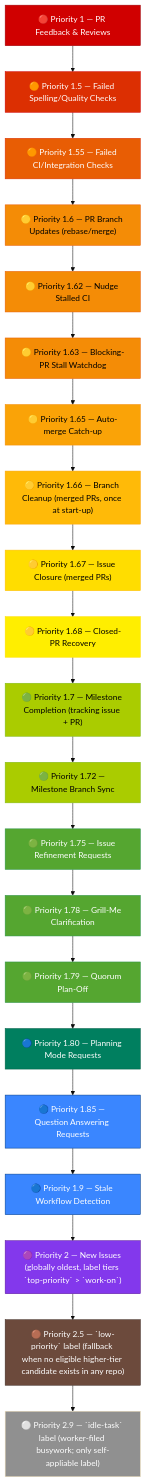
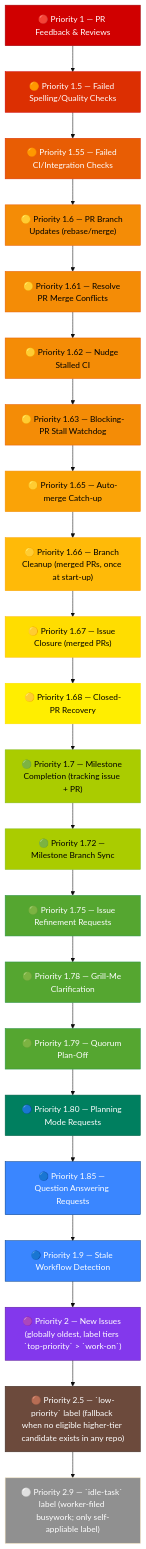
Before and after one commit to stSoftwareAU/VibeCoder: the third of 3 diagrams in docs/USAGE.md, drawn with Mermaid (base theme). The commit also changed 17 other files, not shown here.

First line of the commit message:
Add the Priority 1.61 merge-conflict pass (Issue #84)

````diff
--- a/docs/USAGE.md
+++ b/docs/USAGE.md
@@ -689,48 +689,50 @@
 ```mermaid
 flowchart TD
     P1["🔴 Priority 1 — PR Feedback & Reviews"]
     P15["🟠 Priority 1.5 — Failed Spelling/Quality Checks"]
     P155["🟠 Priority 1.55 — Failed CI/Integration Checks"]
     P16["🟡 Priority 1.6 — PR Branch Updates (rebase/merge)"]
+    P161["🟡 Priority 1.61 — Resolve PR Merge Conflicts"]
     P162["🟡 Priority 1.62 — Nudge Stalled CI"]
     P163["🟡 Priority 1.63 — Blocking-PR Stall Watchdog"]
     P165["🟡 Priority 1.65 — Auto-merge Catch-up"]
     P166["🟡 Priority 1.66 — Branch Cleanup (merged PRs, once at start-up)"]
     P167["🟡 Priority 1.67 — Issue Closure (merged PRs)"]
     P168["🟡 Priority 1.68 — Closed-PR Recovery"]
     P17["🟢 Priority 1.7 — Milestone Completion (tracking issue + PR)"]
     P172["🟢 Priority 1.72 — Milestone Branch Sync"]
     P175["🟢 Priority 1.75 — Issue Refinement Requests"]
     P178["🟢 Priority 1.78 — Grill-Me Clarification"]
     P179["🟢 Priority 1.79 — Quorum Plan-Off"]
     P18["🔵 Priority 1.80 — Planning Mode Requests"]
     P185["🔵 Priority 1.85 — Question Answering Requests"]
     P19["🔵 Priority 1.9 — Stale Workflow Detection"]
     P2["🟣 Priority 2 — New Issues (globally oldest, label tiers `top-priority` > `work-on`)"]
     P25["🟤 Priority 2.5 — `low-priority` label (fallback when no eligible higher-tier candidate exists in any repo)"]
     P29["⚪ Priority 2.9 — `idle-task` label (worker-filed busywork; only self-appliable label)"]
 
-    P1 --> P15 --> P155 --> P16 --> P162 --> P163 --> P165 --> P166 --> P167 --> P168 --> P17 --> P172 --> P175 --> P178 --> P179 --> P18 --> P185 --> P19 --> P2 --> P25 --> P29
+    P1 --> P15 --> P155 --> P16 --> P161 --> P162 --> P163 --> P165 --> P166 --> P167 --> P168 --> P17 --> P172 --> P175 --> P178 --> P179 --> P18 --> P185 --> P19 --> P2 --> P25 --> P29
 
     style P1 fill:#d00000,stroke:#9d0208,color:#fff
     style P15 fill:#dc2f02,stroke:#d00000,color:#fff
     style P155 fill:#e85d04,stroke:#dc2f02,color:#fff
     style P16 fill:#f48c06,stroke:#e85d04,color:#000
+    style P161 fill:#f48c06,stroke:#e85d04,color:#000
     style P162 fill:#f48c06,stroke:#e85d04,color:#000
     style P163 fill:#f48c06,stroke:#e85d04,color:#000
     style P165 fill:#faa307,stroke:#f48c06,color:#000
     style P166 fill:#ffba08,stroke:#faa307,color:#000
     style P167 fill:#ffdd00,stroke:#ffba08,color:#000
     style P168 fill:#ffee00,stroke:#ffdd00,color:#000
     style P17 fill:#aacc00,stroke:#80b918,color:#000
     style P172 fill:#aacc00,stroke:#80b918,color:#000
     style P175 fill:#55a630,stroke:#2b9348,color:#fff
     style P178 fill:#55a630,stroke:#2b9348,color:#fff
     style P179 fill:#55a630,stroke:#2b9348,color:#fff
     style P19 fill:#3a86ff,stroke:#023e8a,color:#fff
     style P18 fill:#007f5f,stroke:#005f46,color:#fff
     style P185 fill:#3a86ff,stroke:#023e8a,color:#fff
     style P2 fill:#8338ec,stroke:#5a189a,color:#fff
     style P25 fill:#6c4a3c,stroke:#3d2a22,color:#fff
     style P29 fill:#909090,stroke:,color:#fff
 ```
````
